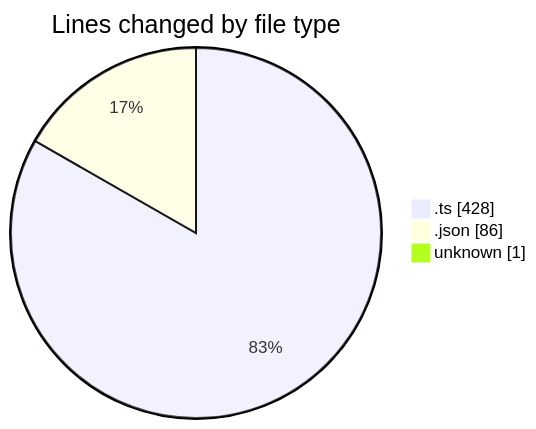
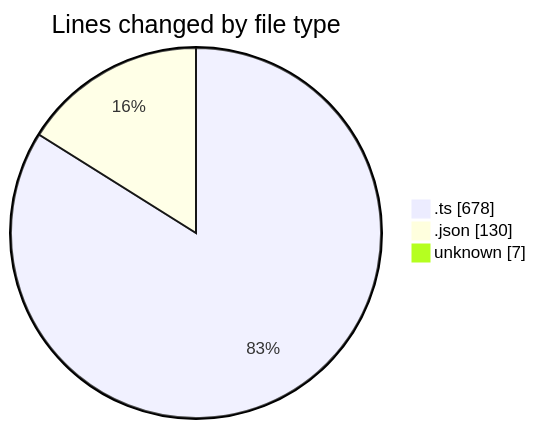
Before and after one commit to EIIisD/code-tracking: the first of 2 diagrams in 2025-08-24/chatgpt-extension/README.md, drawn with Mermaid. The commit also changed other lines of this file and 1 other file, not shown here.

````diff
--- a/2025-08-24/chatgpt-extension/README.md
+++ b/2025-08-24/chatgpt-extension/README.md
@@ -24,7 +24,7 @@
 ```mermaid
 pie showData
 title Lines changed by file type
-".ts" : 428
-".json" : 86
-"unknown" : 1
+".ts" : 678
+".json" : 130
+"unknown" : 7
 ```
````
